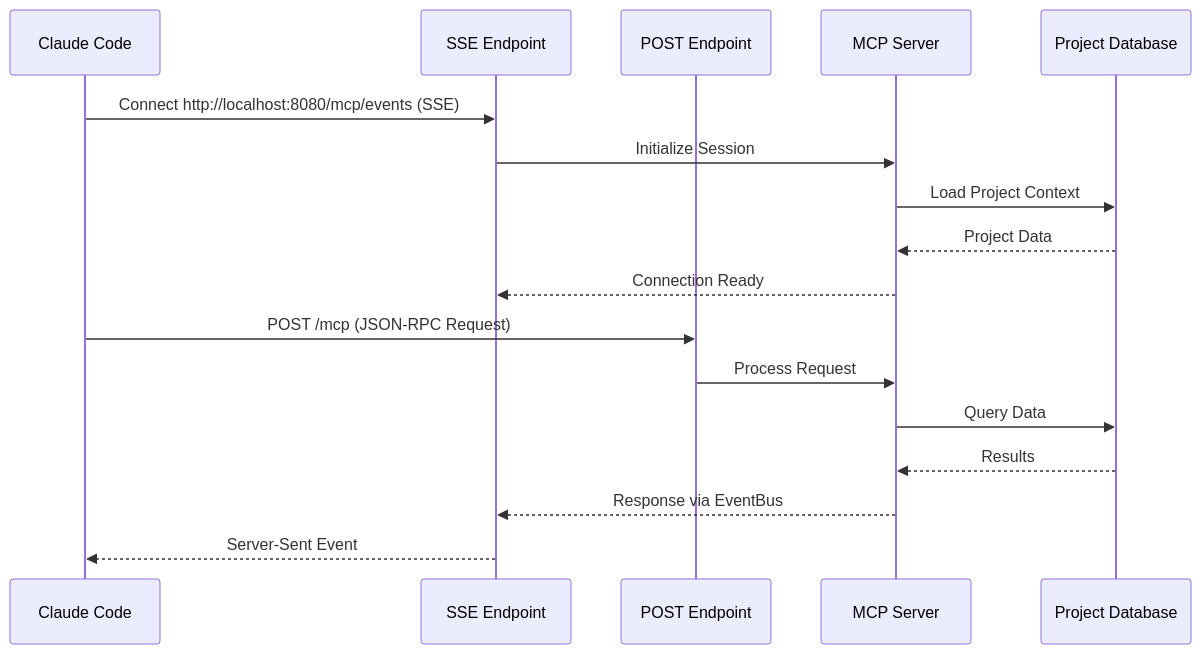
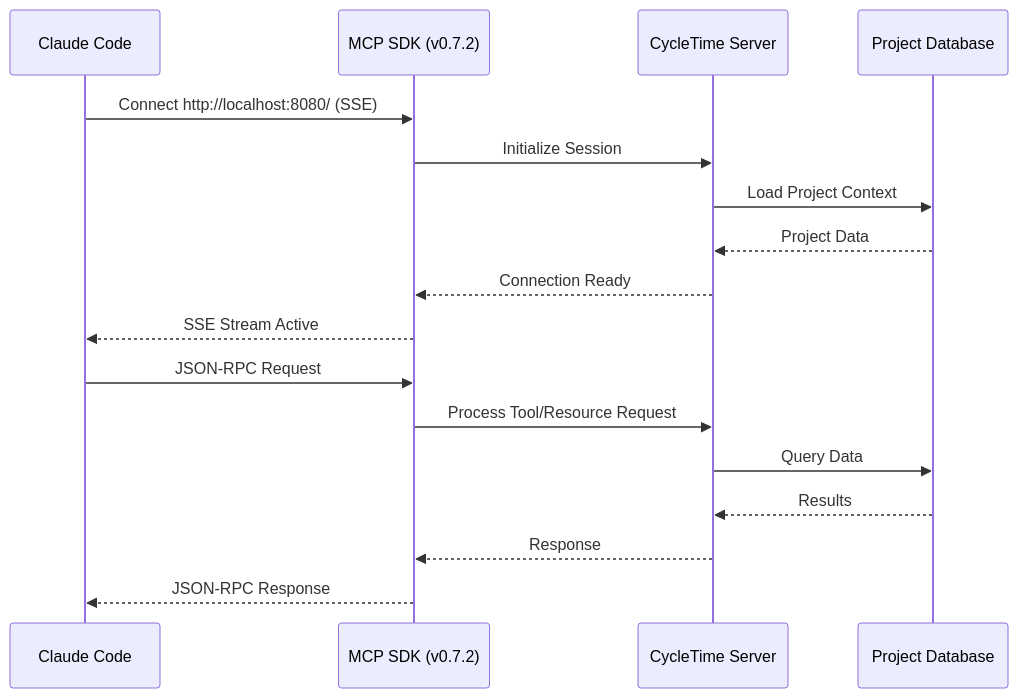
One commit to spiralhouse/cycletime changed the first of 2 diagrams in docs/getting-started/mcp-client-setup.md. Above: the diagram before and after it, drawn with Mermaid. The commit also changed other lines of this file and 5 other files, not shown here.

First line of the commit message:
docs(mcp): update documentation for SDK v0.7.2 migration (SPI-707)

````diff
--- a/docs/getting-started/mcp-client-setup.md
+++ b/docs/getting-started/mcp-client-setup.md
@@ -17,21 +17,21 @@
 ```mermaid
 sequenceDiagram
     participant CC as Claude Code
-    participant SSE as SSE Endpoint
-    participant POST as POST Endpoint
-    participant MCP as MCP Server
+    participant SDK as MCP SDK (v0.7.2)
+    participant Server as CycleTime Server
     participant DB as Project Database
 
-    CC->>SSE: Connect http://localhost:8080/mcp/events (SSE)
-    SSE->>MCP: Initialize Session
-    MCP->>DB: Load Project Context
-    DB-->>MCP: Project Data
-    MCP-->>SSE: Connection Ready
+    CC->>SDK: Connect http://localhost:8080/ (SSE)
+    SDK->>Server: Initialize Session
+    Server->>DB: Load Project Context
+    DB-->>Server: Project Data
+    Server-->>SDK: Connection Ready
+    SDK-->>CC: SSE Stream Active
 
-    CC->>POST: POST /mcp (JSON-RPC Request)
-    POST->>MCP: Process Request
-    MCP->>DB: Query Data
-    DB-->>MCP: Results
-    MCP-->>SSE: Response via EventBus
-    SSE-->>CC: Server-Sent Event
+    CC->>SDK: JSON-RPC Request
+    SDK->>Server: Process Tool/Resource Request
+    Server->>DB: Query Data
+    DB-->>Server: Results
+    Server-->>SDK: Response
+    SDK-->>CC: JSON-RPC Response
 ```
````
